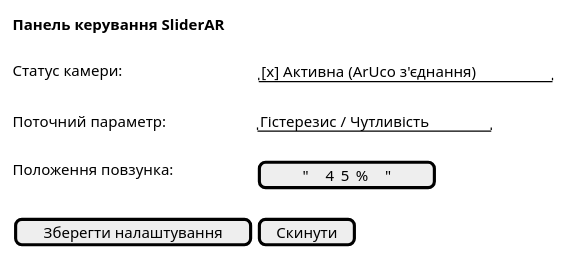
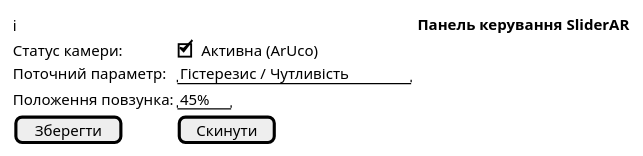
One commit to maksimsq/test-sw changed the diagram in 1-SoftwareRequirements/1.3-FuncNonFuncRequirements/1.3.3-NFRUserInterfaceOUTPUT/wireframe.puml. Above: the diagram before and after it, drawn with PlantUML. The commit also changed 3 other files, not shown here.

```diff
--- a/1-SoftwareRequirements/1.3-FuncNonFuncRequirements/1.3.3-NFRUserInterfaceOUTPUT/wireframe.puml
+++ b/1-SoftwareRequirements/1.3-FuncNonFuncRequirements/1.3.3-NFRUserInterfaceOUTPUT/wireframe.puml
@@ -1,15 +1,12 @@
 @startuml
 salt
 {
-  {T}
-  <b>Панель керування SliderAR</b>
-  .
-  Статус камери: | {"[x] Активна (ArUco з'єднання)"}
-  .
-  Поточний параметр: | "Гістерезис / Чутливість"
-  .
-  Положення повзунка: | ["      45%      "]
-  .
-  [ Зберегти налаштування ] | [ Скинути ]
+  {i} **Панель керування SliderAR**
+  {
+    Статус камери: | [X] Активна (ArUco)
+    Поточний параметр: | "Гістерезис / Чутливість"
+    Положення повзунка: | " 45% "
+    [ Зберегти ] | [ Скинути ]
+  }
 }
 @enduml
```
